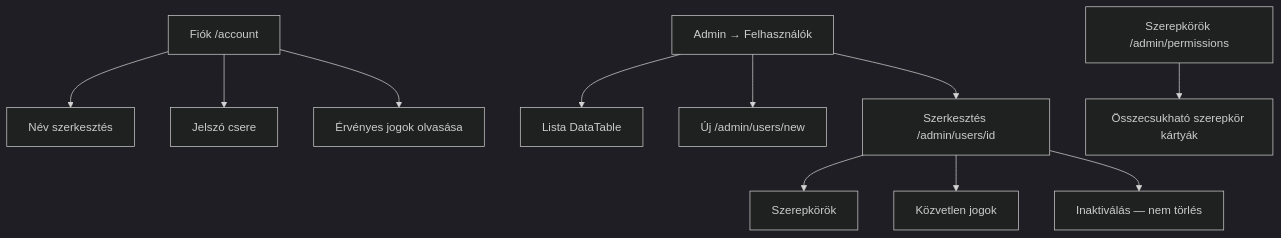
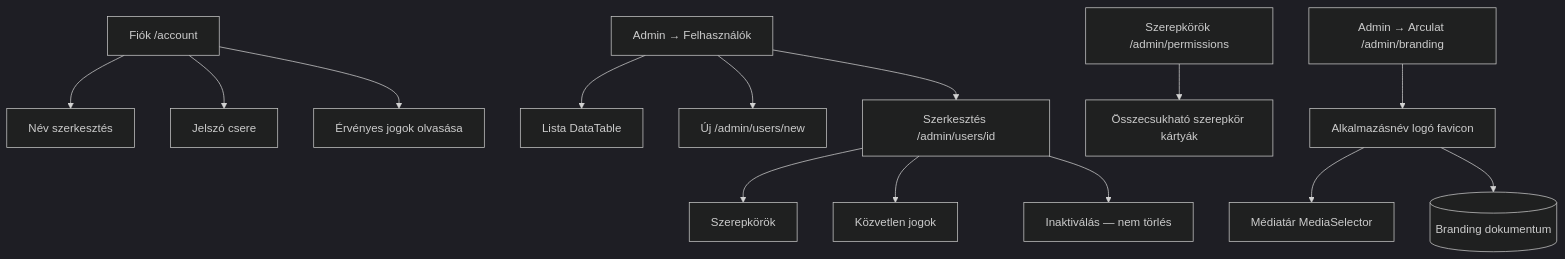
One commit to Tomkoooo/tCrm changed the eighth of 11 diagrams in docs/inventory_and_logistics_flows.md. Above: the diagram before and after it, drawn with Mermaid (dark theme). The commit also changed other lines of this file and 63 other files, not shown here.

````diff
--- a/docs/inventory_and_logistics_flows.md
+++ b/docs/inventory_and_logistics_flows.md
@@ -321,13 +323,16 @@
 ```mermaid
 flowchart TD
   account[Fiók /account] --> profile[Név szerkesztés]
   account --> pwd[Jelszó csere]
   account --> viewPerm[Érvényes jogok olvasása]
   adminUsers[Admin → Felhasználók] --> list[Lista DataTable]
   adminUsers --> create[Új /admin/users/new]
   adminUsers --> edit[Szerkesztés /admin/users/id]
   edit --> roles[Szerepkörök]
   edit --> direct[Közvetlen jogok]
   edit --> deactivate[Inaktiválás — nem törlés]
   rolesAdmin[Szerepkörök /admin/permissions] --> collapsible[Összecsukható szerepkör kártyák]
+  brandingAdmin[Admin → Arculat /admin/branding] --> brandingForm[Alkalmazásnév logó favicon]
+  brandingForm --> mediaLib[Médiatár MediaSelector]
+  brandingForm --> dbBranding[(Branding dokumentum)]
 ```
````
